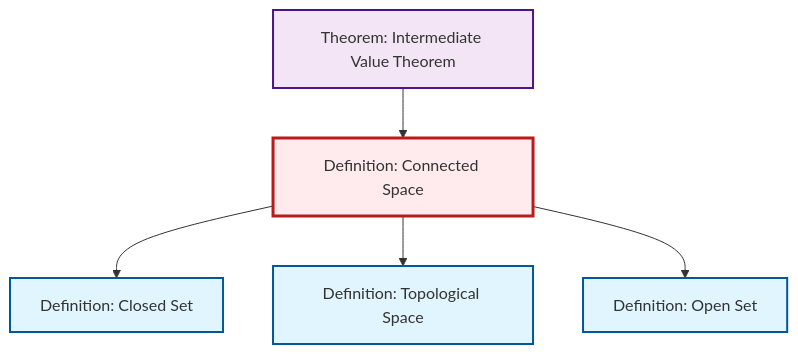
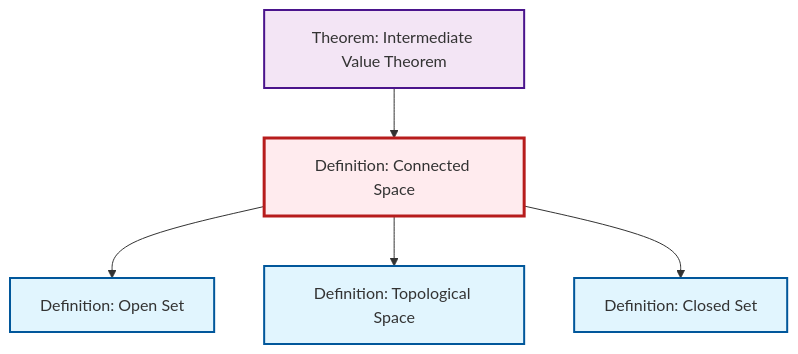
Before and after one commit to RK0429/ModernMath: the diagram in output/mermaid/def-connected.mermaid, drawn with Mermaid. The commit also changed other lines of this file and 1117 other files, not shown here.

````diff
--- a/output/mermaid/def-connected.mermaid
+++ b/output/mermaid/def-connected.mermaid
@@ -1,19 +1,19 @@
 ```{mermaid}
 %%| fig-cap: "Local dependency graph"
 graph TD
     classDef definition fill:#e1f5fe,stroke:#01579b,stroke-width:2px
     classDef theorem fill:#f3e5f5,stroke:#4a148c,stroke-width:2px
     classDef axiom fill:#fff3e0,stroke:#e65100,stroke-width:2px
     classDef example fill:#e8f5e9,stroke:#1b5e20,stroke-width:2px
     classDef current fill:#ffebee,stroke:#b71c1c,stroke-width:3px
     thm-intermediate-value["Theorem: Intermediate Value Theorem"]:::theorem
-    def-open-set["Definition: Open Set"]:::definition
-    def-closed-set["Definition: Closed Set"]:::definition
     def-topological-space["Definition: Topological Space"]:::definition
     def-connected["Definition: Connected Space"]:::definition
+    def-closed-set["Definition: Closed Set"]:::definition
+    def-open-set["Definition: Open Set"]:::definition
+    thm-intermediate-value --> def-connected
+    def-connected --> def-open-set
+    def-connected --> def-topological-space
     def-connected --> def-closed-set
-    thm-intermediate-value --> def-connected
-    def-connected --> def-topological-space
-    def-connected --> def-open-set
     class def-connected current
 ```
````
